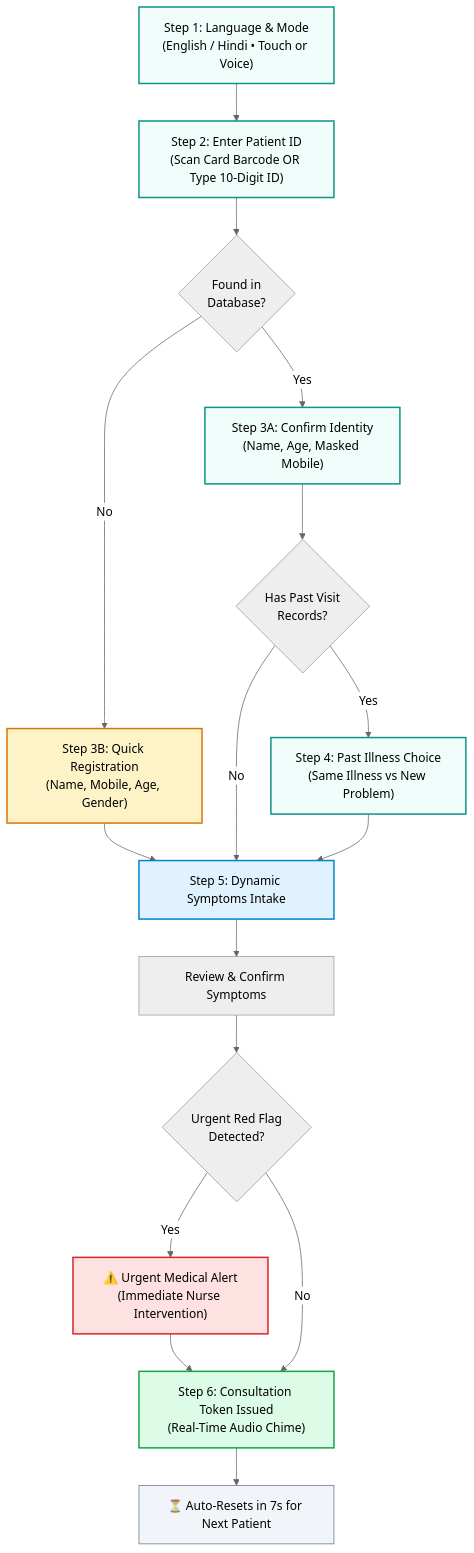
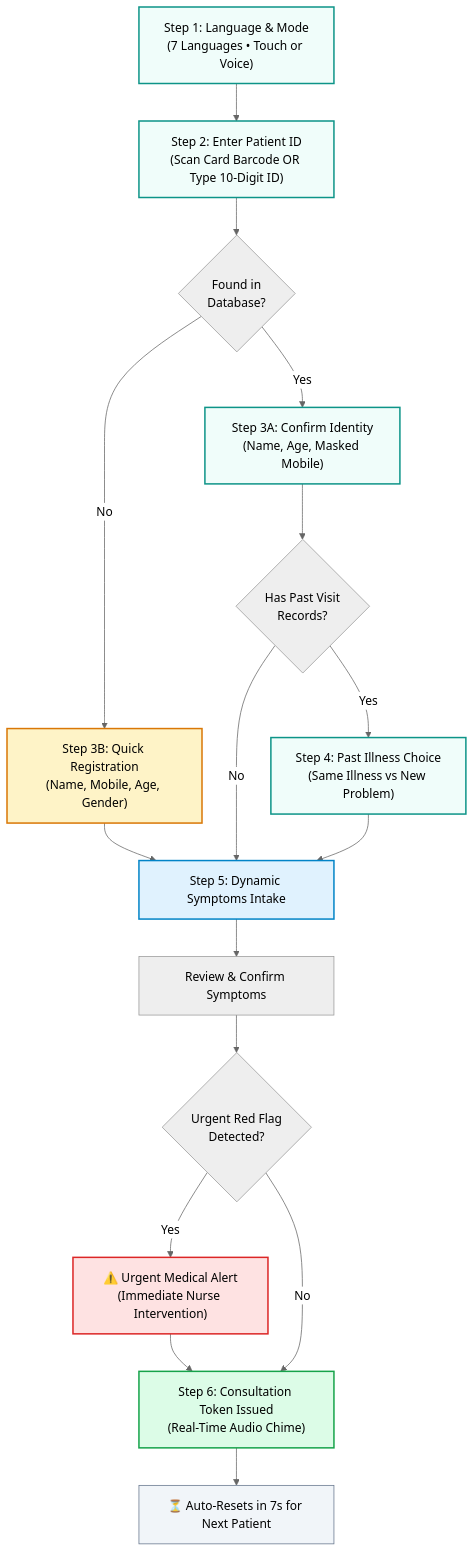
Before and after one commit to Gopiverma49/medikiosk: the second of 2 diagrams in README.md, drawn with Mermaid (neutral theme). The commit also changed other lines of this file and 21 other files, not shown here.

````diff
--- a/README.md
+++ b/README.md
@@ -103,34 +105,34 @@
 ```mermaid
 flowchart TD
-    Step1["Step 1: Language & Mode\n(English / Hindi • Touch or Voice)"] --> Step2["Step 2: Enter Patient ID\n(Scan Card Barcode OR Type 10-Digit ID)"]
+    Step1["Step 1: Language & Mode\n(7 Languages • Touch or Voice)"] --> Step2["Step 2: Enter Patient ID\n(Scan Card Barcode OR Type 10-Digit ID)"]
     
     Step2 --> Lookup{"Found in\nDatabase?"}
     
     Lookup -- "Yes" --> Step3A["Step 3A: Confirm Identity\n(Name, Age, Masked Mobile)"]
     Lookup -- "No" --> Step3B["Step 3B: Quick Registration\n(Name, Mobile, Age, Gender)"]
     
     Step3A --> History{"Has Past Visit\nRecords?"}
     Step3B --> Step5["Step 5: Dynamic Symptoms Intake"]
     
     History -- "Yes" --> Step4["Step 4: Past Illness Choice\n(Same Illness vs New Problem)"]
     History -- "No" --> Step5
     Step4 --> Step5
     
     Step5 --> Summary["Review & Confirm Symptoms"]
     Summary --> SafetyCheck{"Urgent Red Flag\nDetected?"}
     
     SafetyCheck -- "Yes" --> Alert["⚠️ Urgent Medical Alert\n(Immediate Nurse Intervention)"] --> Done
     SafetyCheck -- "No" --> Done["Step 6: Consultation Token Issued\n(Real-Time Audio Chime)"]
     
     Done --> Reset["⏳ Auto-Resets in 7s for Next Patient"]
 
     style Step1 fill:#f0fdfa,stroke:#0d9488,stroke-width:2px
     style Step2 fill:#f0fdfa,stroke:#0d9488,stroke-width:2px
     style Step3A fill:#f0fdfa,stroke:#0d9488,stroke-width:2px
     style Step3B fill:#fef3c7,stroke:#d97706,stroke-width:2px
     style Step4 fill:#f0fdfa,stroke:#0d9488,stroke-width:2px
     style Step5 fill:#e0f2fe,stroke:#0284c7,stroke-width:2px
     style Alert fill:#fee2e2,stroke:#dc2626,stroke-width:2px
     style Done fill:#dcfce7,stroke:#16a34a,stroke-width:2px
     style Reset fill:#f1f5f9,stroke:#64748b,stroke-width:1px
 ```
````
